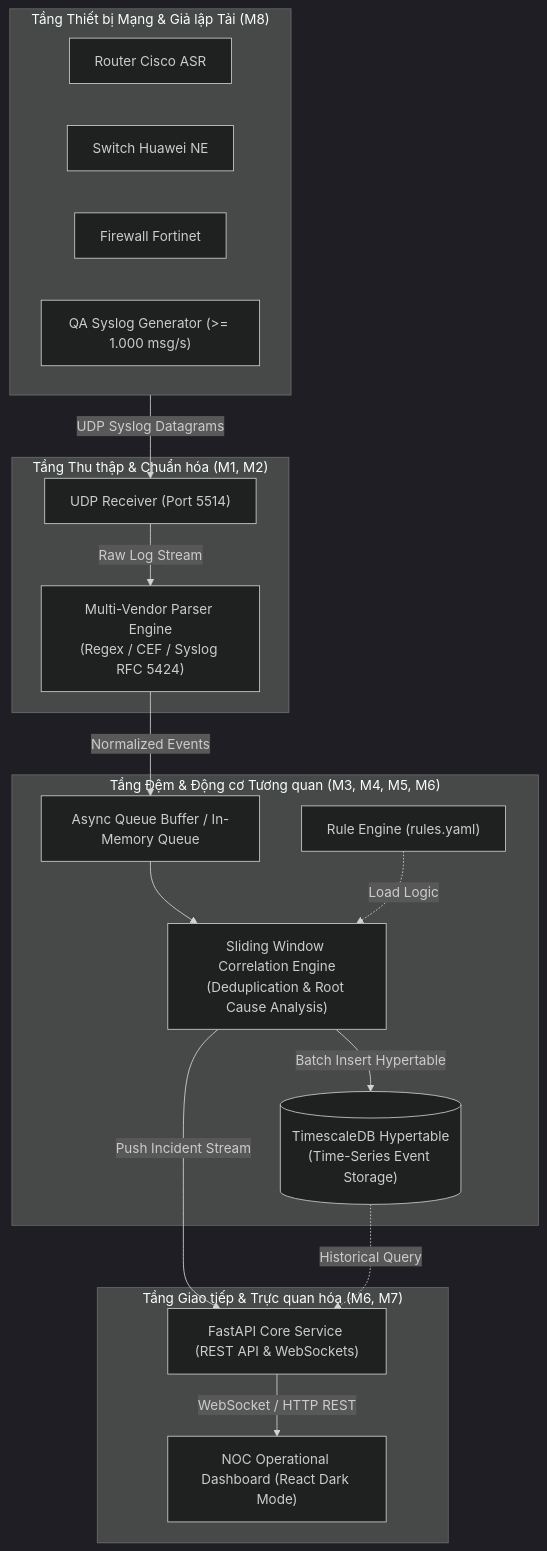
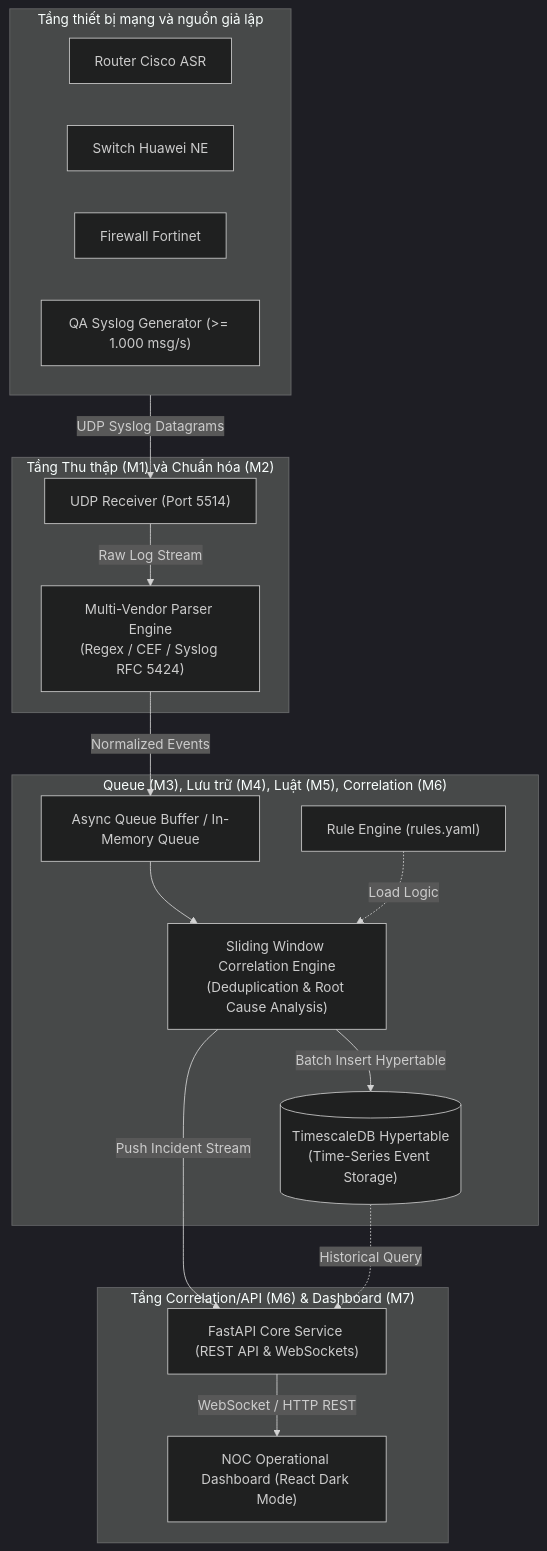
Before and after one commit to NhutIT-flu/telecom-alert-correlation-n42: the diagram in README.md, drawn with Mermaid (dark theme). The commit also changed other lines of this file and 29 other files, not shown here.

````diff
--- a/README.md
+++ b/README.md
@@ -30,37 +31,37 @@
 ```mermaid
 flowchart TD
-    subgraph DataSources["Tầng Thiết bị Mạng & Giả lập Tải (M8)"]
+    subgraph DataSources["Tầng thiết bị mạng và nguồn giả lập"]
         direction LR
         cisco["Router Cisco ASR"]
         huawei["Switch Huawei NE"]
         forti["Firewall Fortinet"]
         gen["QA Syslog Generator (>= 1.000 msg/s)"]
     end
 
-    subgraph Ingestion["Tầng Thu thập & Chuẩn hóa (M1, M2)"]
+    subgraph Ingestion["Tầng Thu thập (M1) và Chuẩn hóa (M2)"]
         udp["UDP Receiver (Port 5514)"]
         parser["Multi-Vendor Parser Engine<br/>(Regex / CEF / Syslog RFC 5424)"]
     end
 
-    subgraph CoreEngine["Tầng Đệm & Động cơ Tương quan (M3, M4, M5, M6)"]
+    subgraph CoreEngine["Queue (M3), Lưu trữ (M4), Luật (M5), Correlation (M6)"]
         queue["Async Queue Buffer / In-Memory Queue"]
         rules["Rule Engine (rules.yaml)"]
         engine["Sliding Window Correlation Engine<br/>(Deduplication & Root Cause Analysis)"]
         db[("TimescaleDB Hypertable<br/>(Time-Series Event Storage)")]
     end
 
-    subgraph Presentation["Tầng Giao tiếp & Trực quan hóa (M6, M7)"]
+    subgraph Presentation["Tầng Correlation/API (M6) & Dashboard (M7)"]
         api["FastAPI Core Service (REST API & WebSockets)"]
         ui["NOC Operational Dashboard (React Dark Mode)"]
     end
 
     DataSources -->|UDP Syslog Datagrams| udp
     udp -->|Raw Log Stream| parser
     parser -->|Normalized Events| queue
     queue --> engine
     rules -.->|Load Logic| engine
     engine -->|Batch Insert Hypertable| db
     engine -->|Push Incident Stream| api
     db -.->|Historical Query| api
     api -->|WebSocket / HTTP REST| ui
 ```
````
